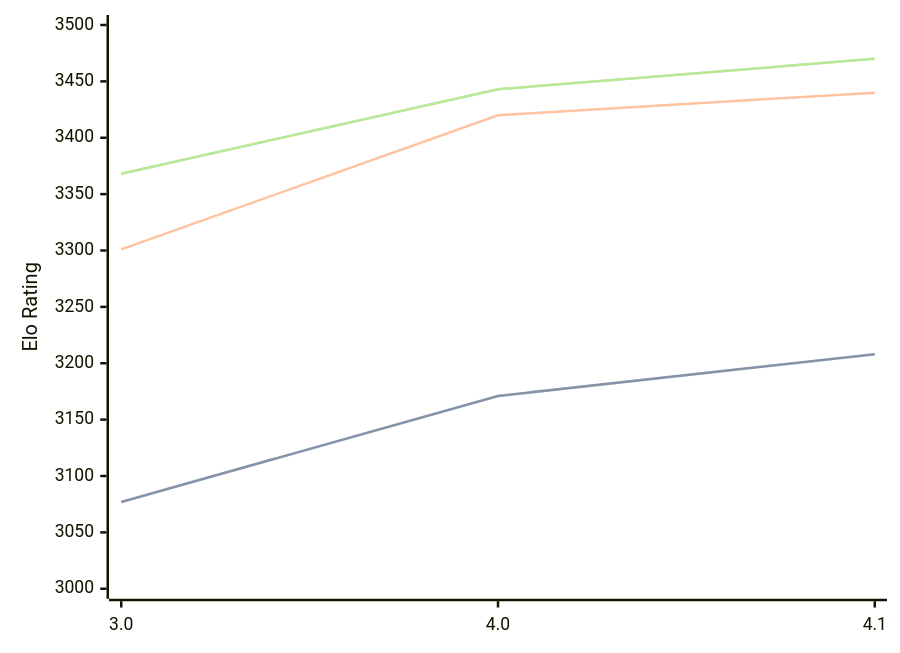
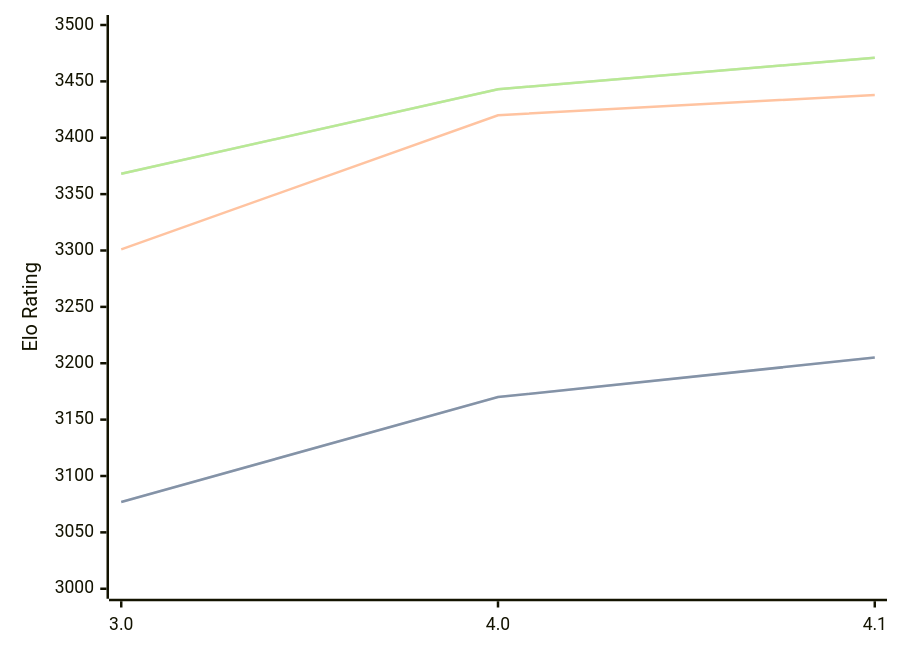
One commit to computer-chess-index/cci changed the diagram in engines/Eleanor.md. Above: the diagram before and after it, drawn with Mermaid. The commit also changed other lines of this file, not shown here.

Commit message:
Update CCI Ratings (ELO VLTC) - 2026-05-07

````diff
--- a/engines/Eleanor.md
+++ b/engines/Eleanor.md
@@ -35,11 +35,11 @@
 ```mermaid
 %%{init: {"theme":"base","themeVariables":{"seriesColors:['#a3a3a3','#222221','#faa371']}}}%%
 xychart-beta
   x-axis ["3.0", "4.0", "4.1"]
   y-axis "Elo Rating" 3000 --> 3500
-  line "STC (8.0+0.08s)" [3077, 3171, 3208]
-  line "STC (8.0+0.08s)" [3077, 3171, 3208]
-  line "LTC (60.0+0.60s)" [3301, 3420, 3440]
-  line "VLTC (2m24s+1.12s)" [3368, 3443, 3470]
-  line "VLTC (2m24s+1.12s)" [3368, 3443, 3470]
+  line "STC (8.0+0.08s)" [3077, 3170, 3205]
+  line "STC (8.0+0.08s)" [3077, 3170, 3205]
+  line "LTC (60.0+0.60s)" [3301, 3420, 3438]
+  line "VLTC (2m24s+1.12s)" [3368, 3443, 3471]
+  line "VLTC (2m24s+1.12s)" [3368, 3443, 3471]
 ```
````
